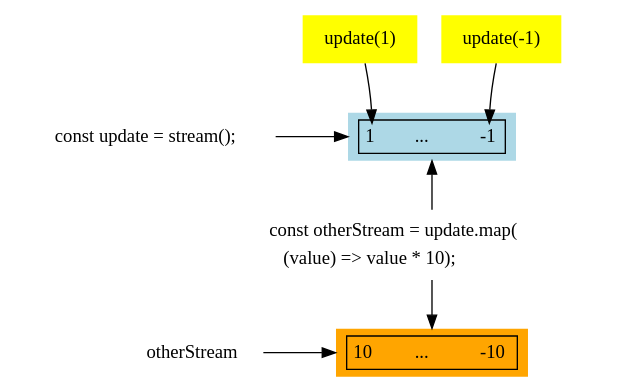
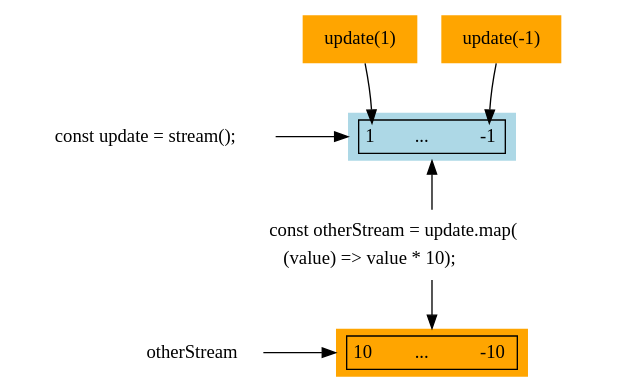
One commit to foxdonut/meiosis changed the diagram in docs/images/03-streams-02.dot. Above: the diagram before and after it, drawn with Graphviz. The commit also changed 19 other files, not shown here.

```diff
--- a/docs/images/03-streams-02.dot
+++ b/docs/images/03-streams-02.dot
@@ -1,51 +1,51 @@
 digraph meiosisdocs {
   stream [shape="none", label="const update = stream();"]
 
-  updateplus1 [shape="none", style="filled", fillcolor="yellow", label="update(1)"]
+  updateplus1 [shape="none", style="filled", fillcolor="orange", label="update(1)"]
 
-  updateminus1 [shape="none", style="filled", fillcolor="yellow", label="update(-1)"]
+  updateminus1 [shape="none", style="filled", fillcolor="orange", label="update(-1)"]
 
   thestream [shape="plaintext", style="filled", fillcolor="lightblue", label=<
     <table border="1">
       <tr>
         <td port="plusone" border="0">1</td>
         <td border="0">&nbsp;&nbsp;&nbsp;&nbsp;&nbsp;&nbsp;...&nbsp;&nbsp;&nbsp;&nbsp;&nbsp;</td>
         <td port="minusone" border="0">-1</td>
       </tr>
     </table>
   >]
 
   map [shape="plaintext", label=<
     <table border="0">
       <tr>
         <td align='left'>const otherStream = update.map(</td>
       </tr>
       <tr>
         <td align='left'>    (value) =&gt; value * 10);</td>
       </tr>
     </table>
   >]
 
   themapstream [shape="plaintext", style="filled", fillcolor="orange", label=<
     <table border="1">
       <tr>
         <td border="0">10</td>
         <td border="0">&nbsp;&nbsp;&nbsp;&nbsp;&nbsp;&nbsp;...&nbsp;&nbsp;&nbsp;&nbsp;&nbsp;</td>
         <td border="0">-10</td>
       </tr>
     </table>
   >]
 
   otherStream [shape="none"]
 
   updateplus1 -> thestream:plusone
   updateminus1 -> thestream:minusone
   stream -> thestream [label="        "]
   thestream -> map [dir="back"]
   map -> themapstream
   otherStream -> themapstream [label="        "]
 
   {rank="same"; stream thestream}
   {rank="same"; otherStream themapstream}
 
 }
```
